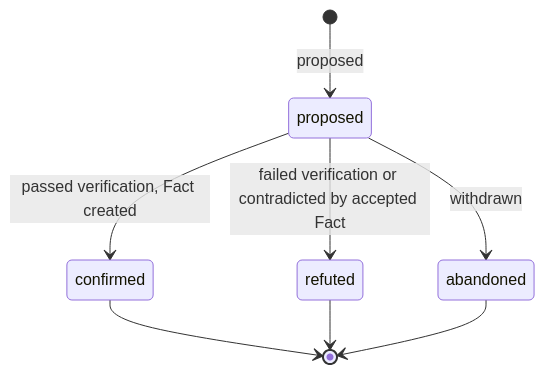
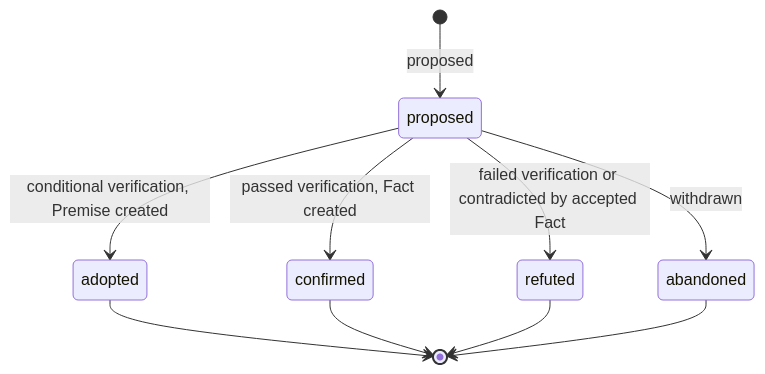
Before and after one commit to mahyar-jahaninasab/factclash: the second of 3 diagrams in docs/factclash/domain-model/entities/reasoning.md, drawn with Mermaid. The commit also changed other lines of this file, not shown here.

Commit message:
Add the definition of hypothesis, fact, premise as entites

````diff
--- a/docs/factclash/domain-model/entities/reasoning.md
+++ b/docs/factclash/domain-model/entities/reasoning.md
@@ -211,10 +221,13 @@
 ```mermaid
 stateDiagram-v2
     [*] --> proposed : proposed
     proposed --> confirmed : passed verification, Fact created
     proposed --> refuted : failed verification or contradicted by accepted Fact
     proposed --> abandoned : withdrawn
+    proposed --> adopted : conditional verification, Premise created
+    adopted --> [*]
     confirmed --> [*]
     refuted --> [*]
     abandoned --> [*]
+
 ```
````
